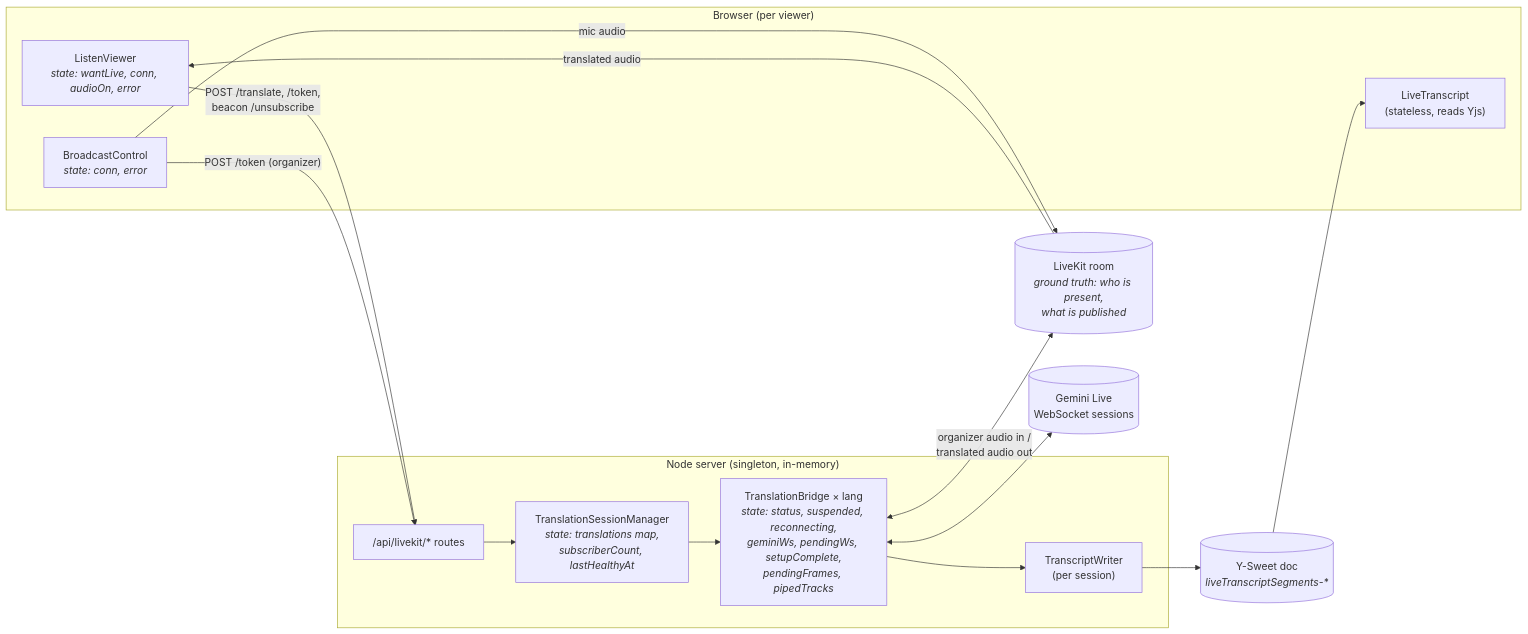
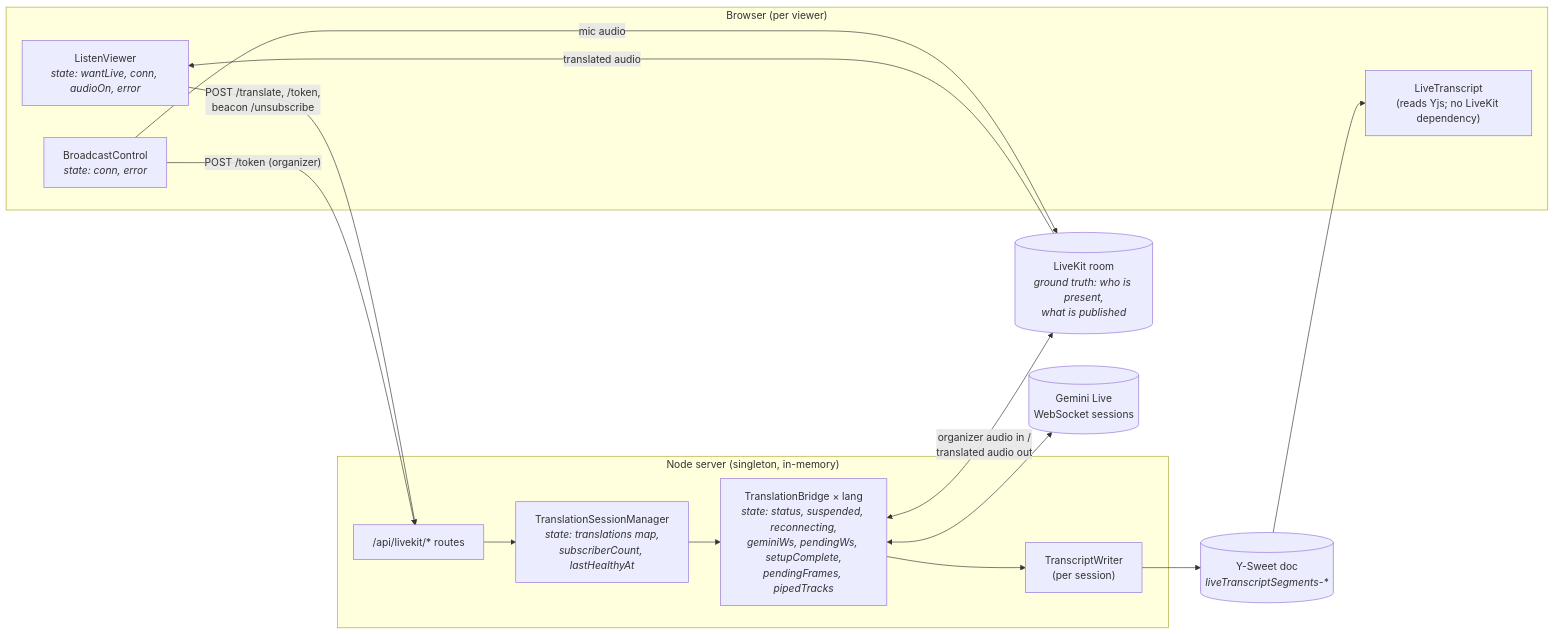
Before and after one commit to kcarnold/live-notes: the first of 8 diagrams in docs/live-audio-state-architecture.md, drawn with Mermaid. The commit also changed 1 other file, not shown here.

First paragraph of the commit message:
Refresh CLAUDE.md to match the code it describes
Several sections documented components and shapes that no longer exist,
which is worse than no docs: they send a reader (or an agent) looking for
files that aren't there.

````diff
--- a/docs/live-audio-state-architecture.md
+++ b/docs/live-audio-state-architecture.md
@@ -43,29 +43,29 @@
 ```mermaid
 flowchart LR
   subgraph Browser["Browser (per viewer)"]
     LV["ListenViewer<br/><i>state: wantLive, conn, audioOn, error</i>"]
     BC["BroadcastControl<br/><i>state: conn, error</i>"]
-    LT["LiveTranscript<br/>(stateless, reads Yjs)"]
+    LT["LiveTranscript<br/>(reads Yjs; no LiveKit dependency)"]
   end
 
   subgraph Server["Node server (singleton, in-memory)"]
     API["/api/livekit/* routes"]
     MGR["TranslationSessionManager<br/><i>state: translations map,<br/>subscriberCount, lastHealthyAt</i>"]
     BR["TranslationBridge × lang<br/><i>state: status, suspended, reconnecting,<br/>geminiWs, pendingWs, setupComplete,<br/>pendingFrames, pipedTracks</i>"]
     TW["TranscriptWriter<br/>(per session)"]
   end
 
   LK[("LiveKit room<br/><i>ground truth: who is present,<br/>what is published</i>")]
   GEM[("Gemini Live<br/>WebSocket sessions")]
   YS[("Y-Sweet doc<br/><i>liveTranscriptSegments-*</i>")]
 
   BC -- "mic audio" --> LK
   LV -- "POST /translate, /token,<br/>beacon /unsubscribe" --> API
   BC -- "POST /token (organizer)" --> API
   API --> MGR --> BR
   BR <-- "organizer audio in /<br/>translated audio out" --> LK
   BR <--> GEM
   BR --> TW --> YS
   YS --> LT
   LK -- "translated audio" --> LV
 ```
````
